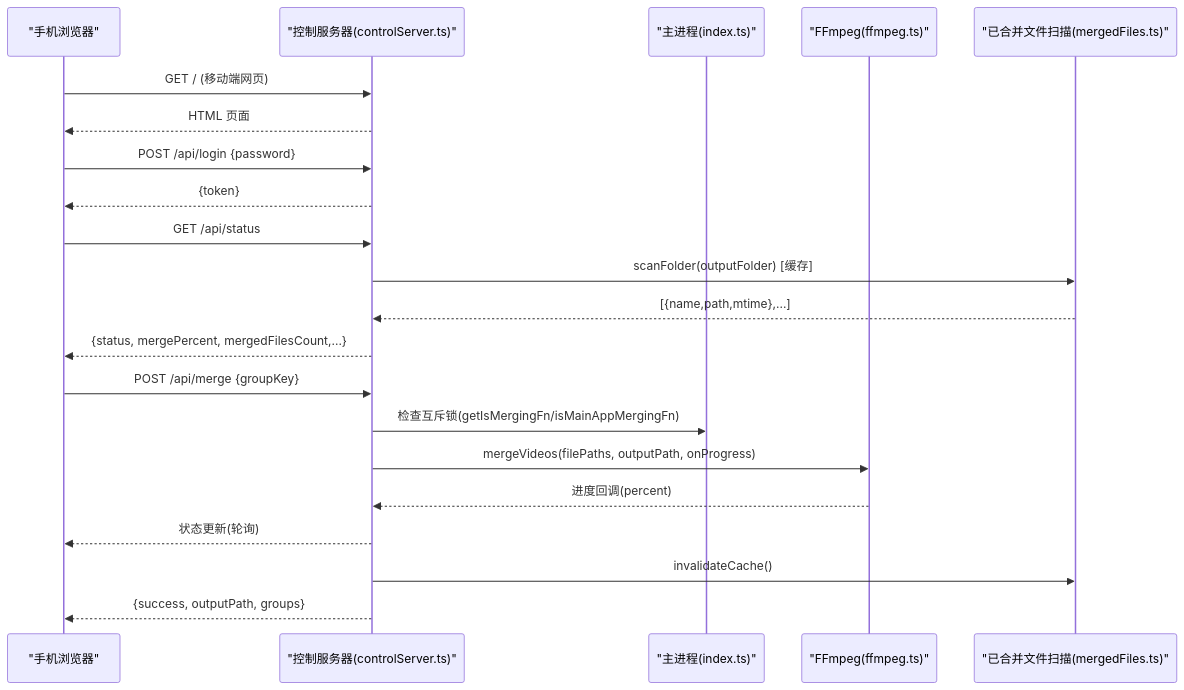
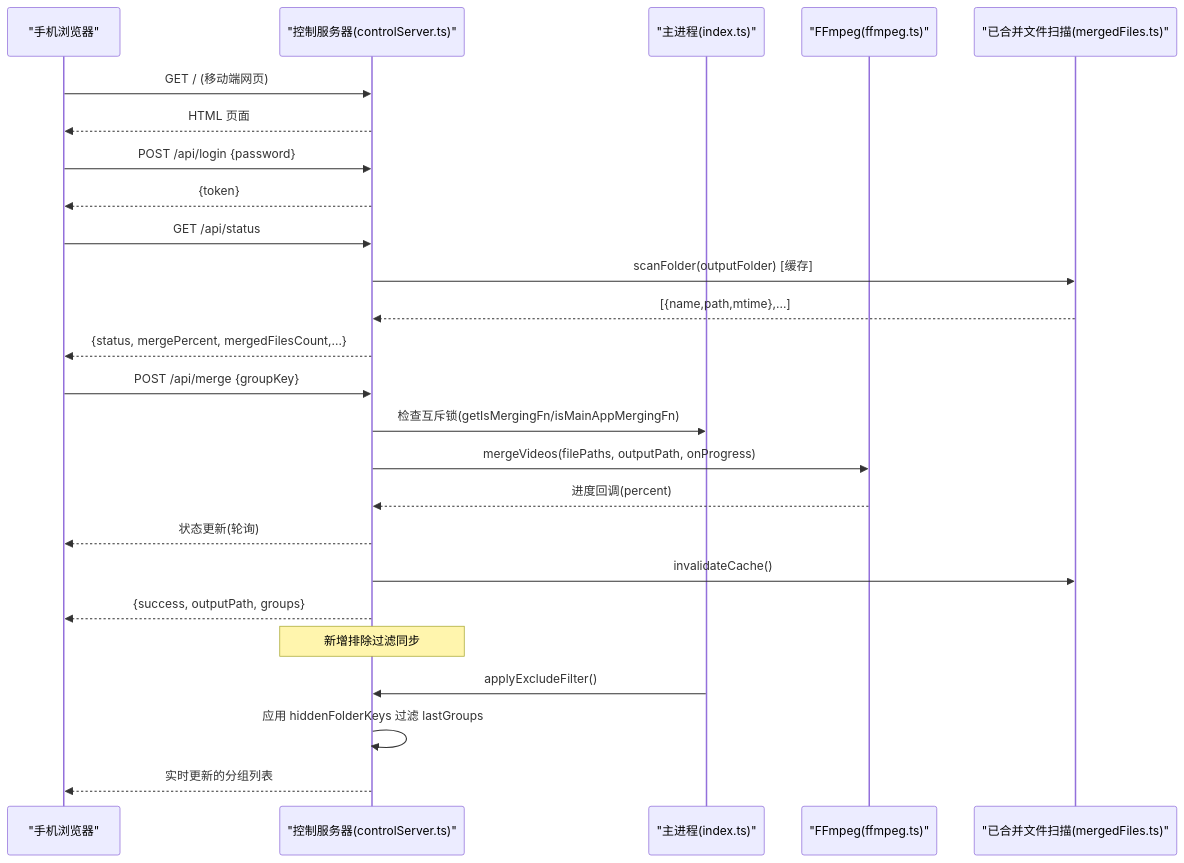
One commit to HoarfrostKimi/Video-Merger changed the second of 4 diagrams in .qoder/repowiki/zh/content/架构设计/移动端控制服务器.md. Above: the diagram before and after it, drawn with Mermaid. The commit also changed other lines of this file and 43 other files, not shown here.

````diff
--- a/.qoder/repowiki/zh/content/架构设计/移动端控制服务器.md
+++ b/.qoder/repowiki/zh/content/架构设计/移动端控制服务器.md
@@ -117,23 +133,27 @@
 ```mermaid
 sequenceDiagram
 participant Phone as "手机浏览器"
 participant CS as "控制服务器(controlServer.ts)"
 participant Main as "主进程(index.ts)"
 participant FF as "FFmpeg(ffmpeg.ts)"
 participant MF as "已合并文件扫描(mergedFiles.ts)"
 Phone->>CS : GET / (移动端网页)
 CS-->>Phone : HTML 页面
 Phone->>CS : POST /api/login {password}
 CS-->>Phone : {token}
 Phone->>CS : GET /api/status
 CS->>MF : scanFolder(outputFolder) [缓存]
 MF-->>CS : [{name,path,mtime},...]
 CS-->>Phone : {status, mergePercent, mergedFilesCount,...}
 Phone->>CS : POST /api/merge {groupKey}
 CS->>Main : 检查互斥锁(getIsMergingFn/isMainAppMergingFn)
 CS->>FF : mergeVideos(filePaths, outputPath, onProgress)
 FF-->>CS : 进度回调(percent)
 CS-->>Phone : 状态更新(轮询)
 CS->>MF : invalidateCache()
 CS-->>Phone : {success, outputPath, groups}
+Note over CS : 新增排除过滤同步
+Main->>CS : applyExcludeFilter()
+CS->>CS : 应用 hiddenFolderKeys 过滤 lastGroups
+CS-->>Phone : 实时更新的分组列表
 ```
````
